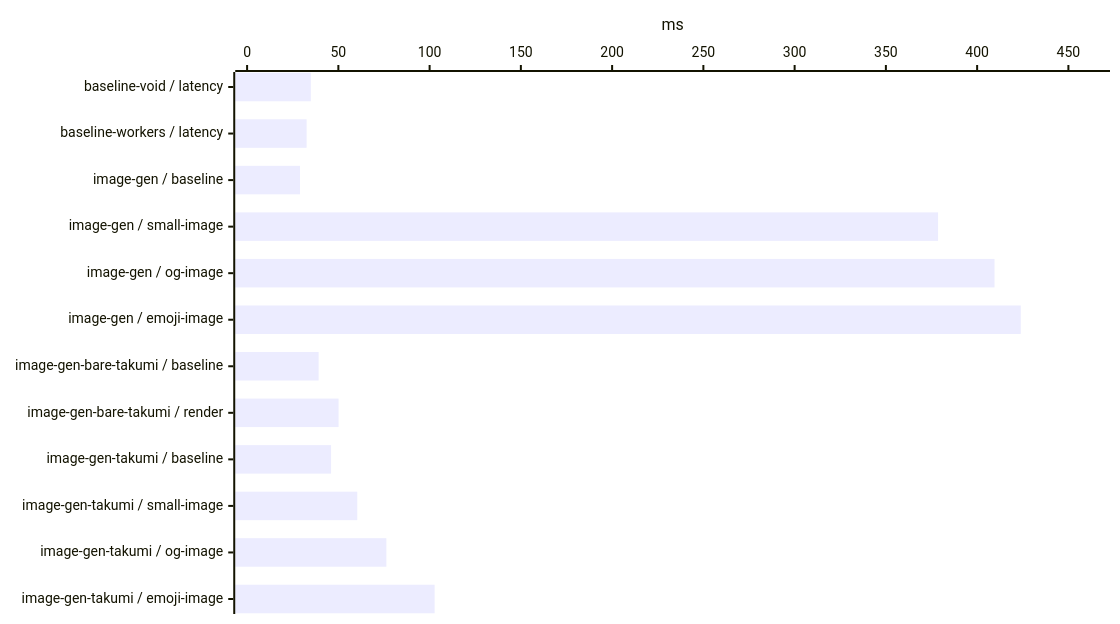
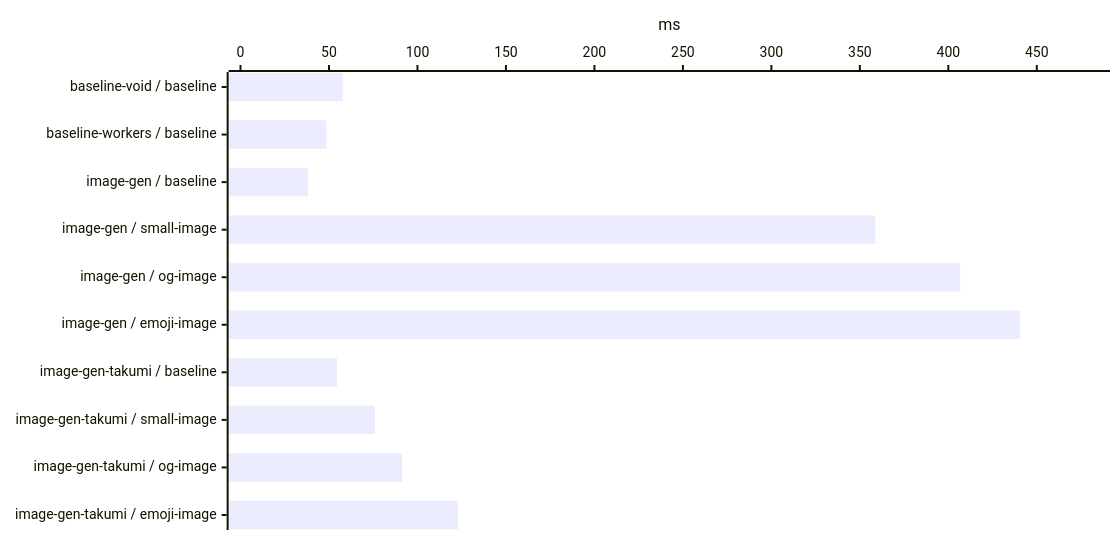
The ninth of 25 diagrams in benchmark/report.md (voidzero-dev/void), drawn with Mermaid before and after one commit. The commit also changed other lines of this file and 6 other files, not shown here.

````diff
--- a/benchmark/report.md
+++ b/benchmark/report.md
@@ -185,12 +182,12 @@
 ```mermaid
 ---
 config:
   xyChart:
     width: 1100
-    height: 604
+    height: 520
 ---
 xychart-beta horizontal
-    x-axis ["baseline-void / latency", "baseline-workers / latency", "image-gen / baseline", "image-gen / small-image", "image-gen / og-image", "image-gen / emoji-image", "image-gen-bare-takumi / baseline", "image-gen-bare-takumi / render", "image-gen-takumi / baseline", "image-gen-takumi / small-image", "image-gen-takumi / og-image", "image-gen-takumi / emoji-image"]
-    y-axis "ms" 0 --> 466.29667
-    bar [34.899521, 32.608521, 28.991292, 378.60019, 409.52396, 423.90606, 39.187209, 50.10598, 46.007625, 60.355854, 76.304563, 102.75708]
+    x-axis ["baseline-void / baseline", "baseline-workers / baseline", "image-gen / baseline", "image-gen / small-image", "image-gen / og-image", "image-gen / emoji-image", "image-gen-takumi / baseline", "image-gen-takumi / small-image", "image-gen-takumi / og-image", "image-gen-takumi / emoji-image"]
+    y-axis "ms" 0 --> 484.66784
+    bar [57.786938, 48.646625, 38.230896, 358.68733, 406.73, 440.60712, 54.568333, 75.928396, 91.385063, 122.89604]
 ```
````
